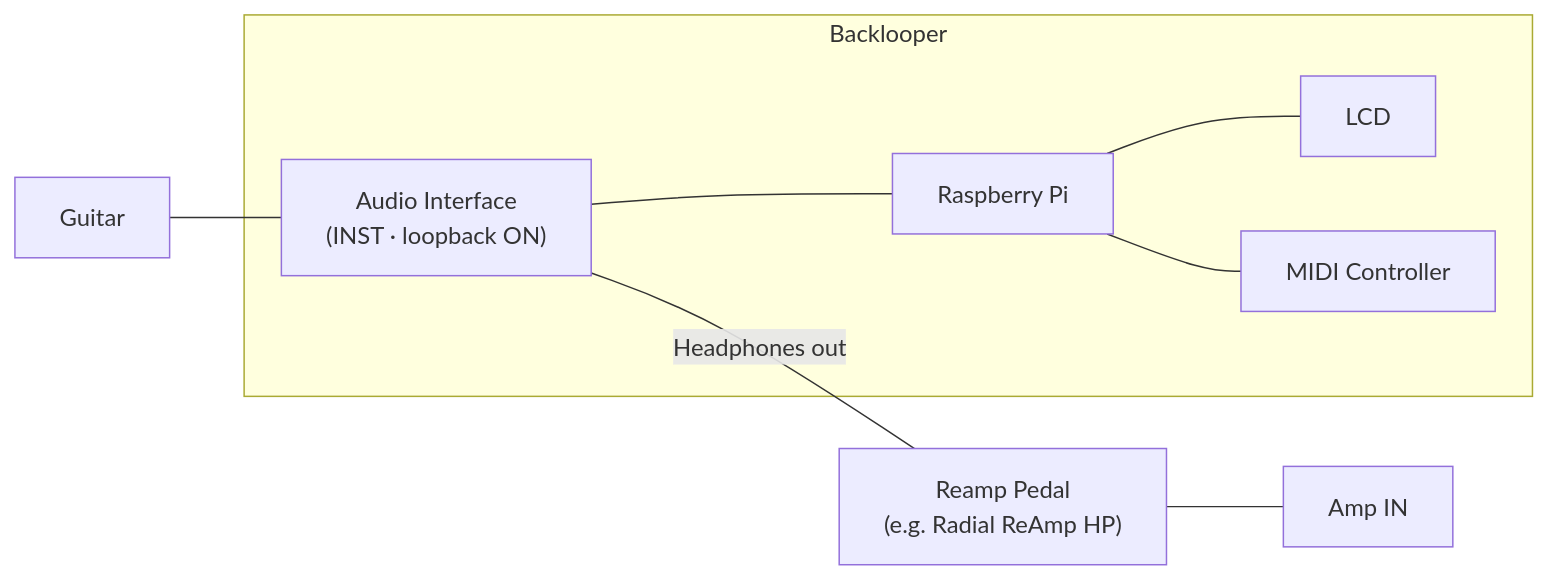
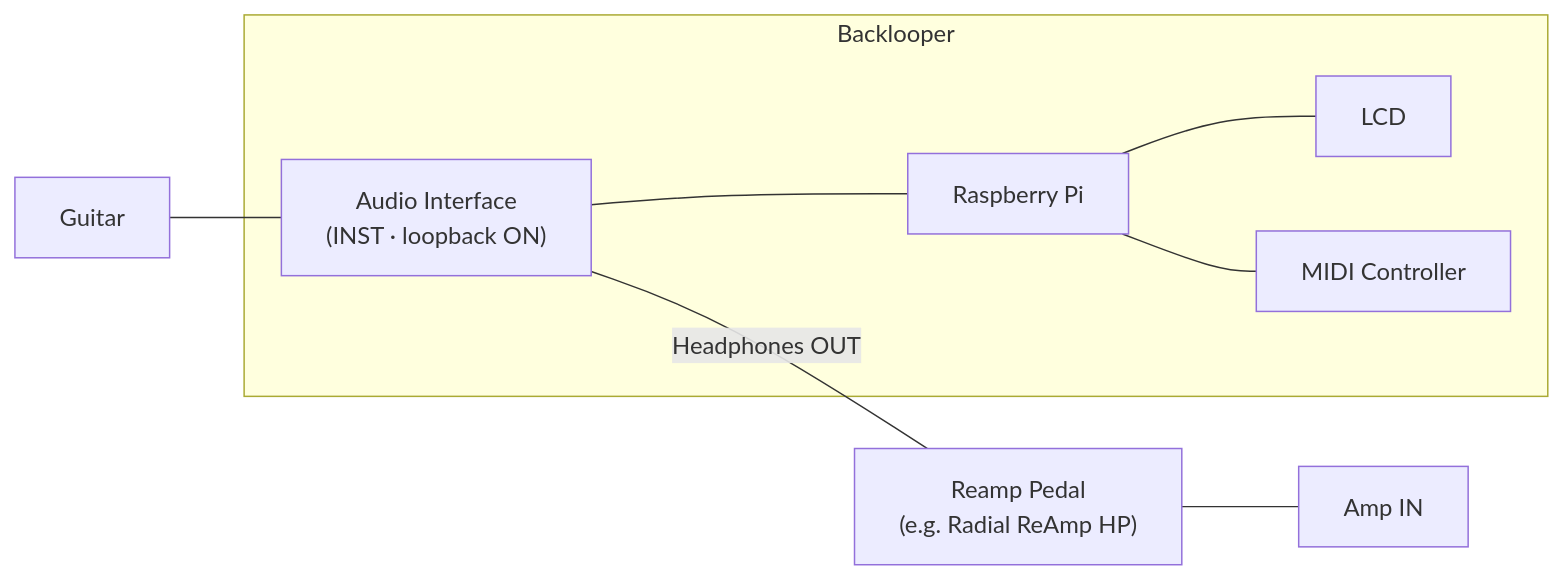
The diagram in README.md (spmvg/backlooper_backend), drawn with Mermaid before and after one commit.

Commit message:
docs [spmvg/backlooper#8]

````diff
--- a/README.md
+++ b/README.md
@@ -5,17 +5,17 @@
 ```mermaid
 flowchart LR
     Guitar --- AI
 
     subgraph Backlooper["Backlooper"]
         AI["Audio Interface\n(INST · loopback ON)"]
         Pi["Raspberry Pi"]
         LCD["LCD"]
         MIDI["MIDI Controller"]
         Pi --- LCD
         Pi --- MIDI
     end
 
     AI --- Pi
-    AI -- "Headphones out" --- Reamp["Reamp Pedal\n(e.g. Radial ReAmp HP)"]
+    AI -- "Headphones OUT" --- Reamp["Reamp Pedal\n(e.g. Radial ReAmp HP)"]
     Reamp --- AmpIN["Amp IN"]
 ```
````
